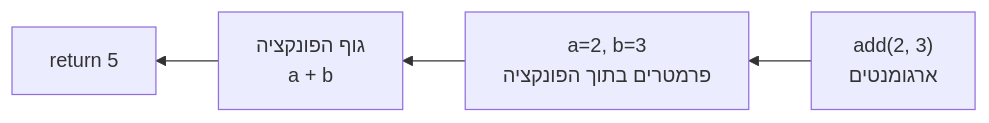
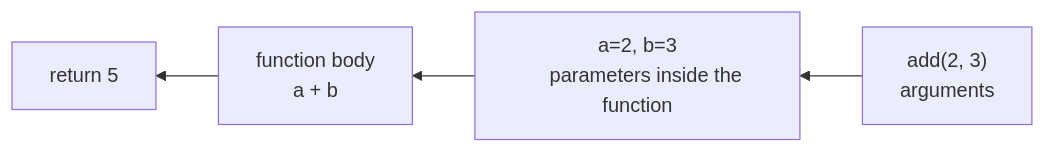
The diagram in content/docs/javascript/5-js-functions-content.md (neriyaMalachi/FullStack_kodkode_5), drawn with Mermaid before and after one commit. The commit also changed other lines of this file and 117 other files, not shown here.

````diff
--- a/content/docs/javascript/5-js-functions-content.md
+++ b/content/docs/javascript/5-js-functions-content.md
@@ -46,9 +46,9 @@
 ```mermaid
 flowchart RL
     Args["add(2, 3)
-    ארגומנטים"] --> Params["a=2, b=3
-    פרמטרים בתוך הפונקציה"]
-    Params --> Body["גוף הפונקציה
+    arguments"] --> Params["a=2, b=3
+    parameters inside the function"]
+    Params --> Body["function body
     a + b"]
     Body --> Return["return 5"]
 ```
````
